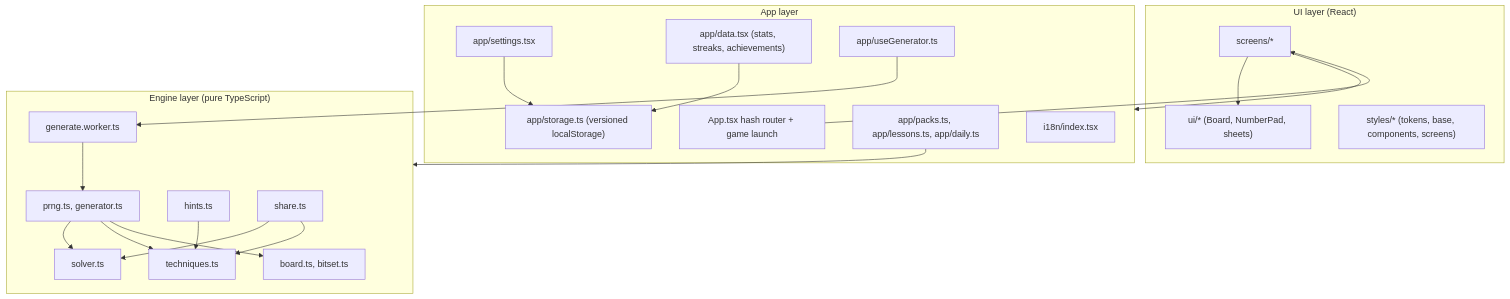
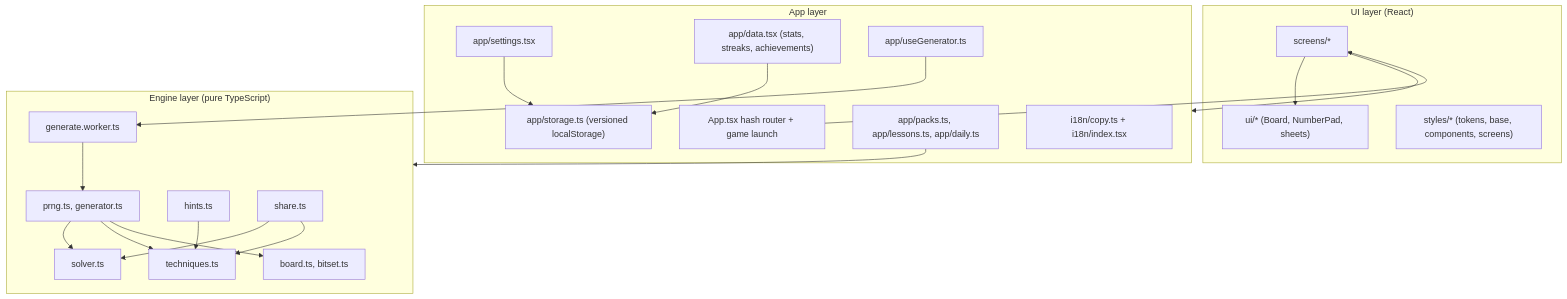
The diagram in docs/architecture.md (ffrizzyy/ayo-sudoku), drawn with Mermaid before and after one commit. The commit also changed other lines of this file and 1 other file, not shown here.

Commit message:
docs: point the architecture notes at the copy file

````diff
--- a/docs/architecture.md
+++ b/docs/architecture.md
@@ -7,43 +7,43 @@
 ```mermaid
 flowchart TD
     subgraph UI["UI layer (React)"]
         Screens["screens/*"]
         Components["ui/* (Board, NumberPad, sheets)"]
         Styles["styles/* (tokens, base, components, screens)"]
     end
 
     subgraph App["App layer"]
         Router["App.tsx hash router + game launch"]
         Settings["app/settings.tsx"]
         Data["app/data.tsx (stats, streaks, achievements)"]
         Storage["app/storage.ts (versioned localStorage)"]
         GeneratorHook["app/useGenerator.ts"]
         Content["app/packs.ts, app/lessons.ts, app/daily.ts"]
-        I18n["i18n/index.tsx"]
+        I18n["i18n/copy.ts + i18n/index.tsx"]
     end
 
     subgraph Engine["Engine layer (pure TypeScript)"]
         Geometry["board.ts, bitset.ts"]
         Solver["solver.ts"]
         Techniques["techniques.ts"]
         Gen["prng.ts, generator.ts"]
         Hints["hints.ts"]
         Share["share.ts"]
         Worker["generate.worker.ts"]
     end
 
     Screens --> Components
     Screens --> App
     Router --> Screens
     Data --> Storage
     Settings --> Storage
     GeneratorHook --> Worker
     Worker --> Gen
     Gen --> Solver
     Gen --> Techniques
     Gen --> Geometry
     Hints --> Techniques
     Share --> Solver
     Share --> Techniques
     Content --> Engine
 ```
````
